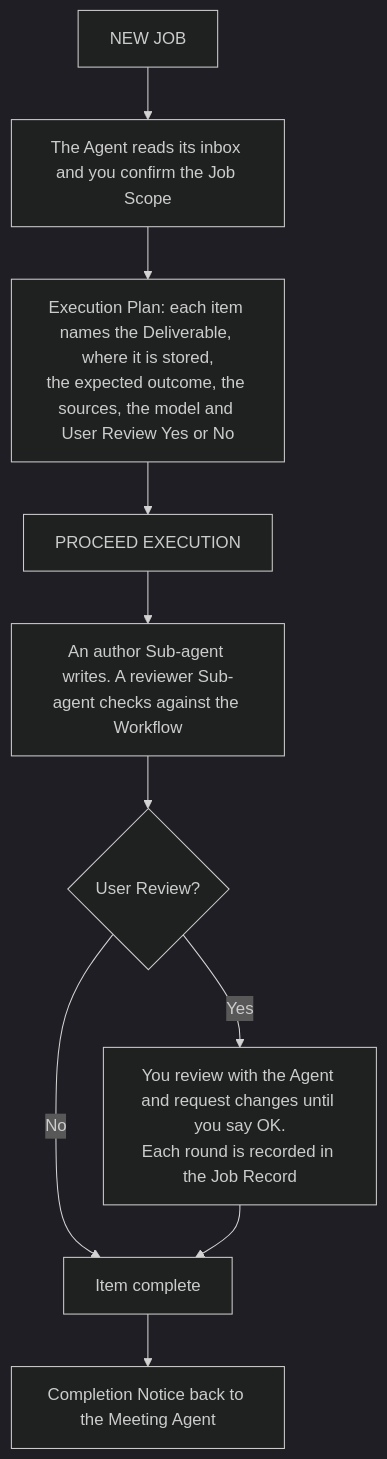
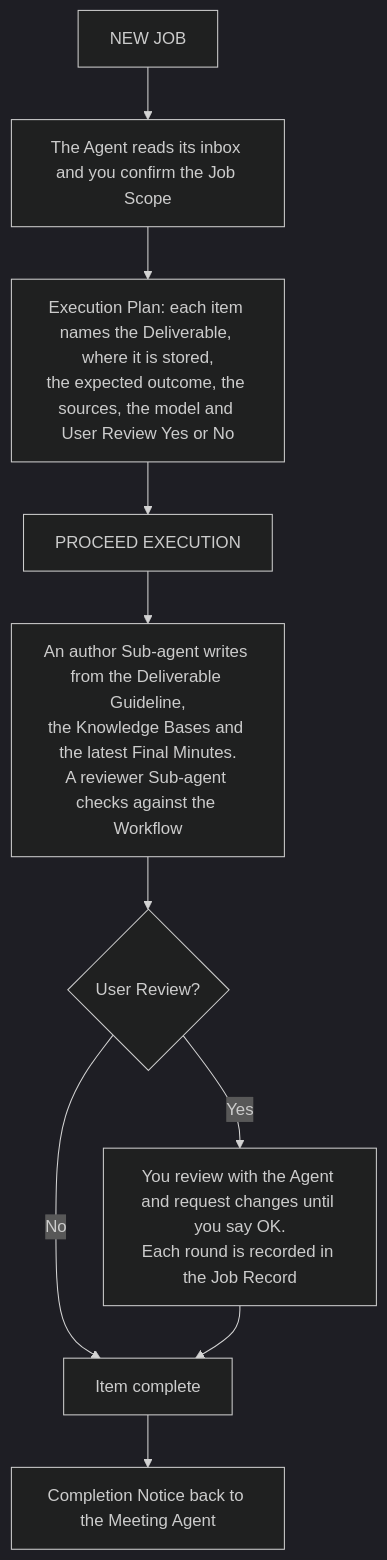
Before and after one commit to bonchiang96/AI-with-ME: the third of 3 diagrams in README.md, drawn with Mermaid (dark theme). The commit also changed other lines of this file, not shown here.

First line of the commit message:
README: Execution sources are the Deliverable Guideline, Knowledge Bases and latest Final Minutes

````diff
--- a/README.md
+++ b/README.md
@@ -53,12 +53,12 @@
 ```mermaid
 flowchart TD
     A["NEW JOB"] --> B["The Agent reads its inbox and you confirm the Job Scope"]
     B --> C["Execution Plan: each item names the Deliverable, where it is stored,<br/>the expected outcome, the sources, the model and User Review Yes or No"]
     C --> D["PROCEED EXECUTION"]
-    D --> E["An author Sub-agent writes. A reviewer Sub-agent checks against the Workflow"]
+    D --> E["An author Sub-agent writes from the Deliverable Guideline,<br/>the Knowledge Bases and the latest Final Minutes.<br/>A reviewer Sub-agent checks against the Workflow"]
     E --> F{"User Review?"}
     F -->|No| G["Item complete"]
     F -->|Yes| H["You review with the Agent and request changes until you say OK.<br/>Each round is recorded in the Job Record"]
     H --> G
     G --> I["Completion Notice back to the Meeting Agent"]
 ```
````
